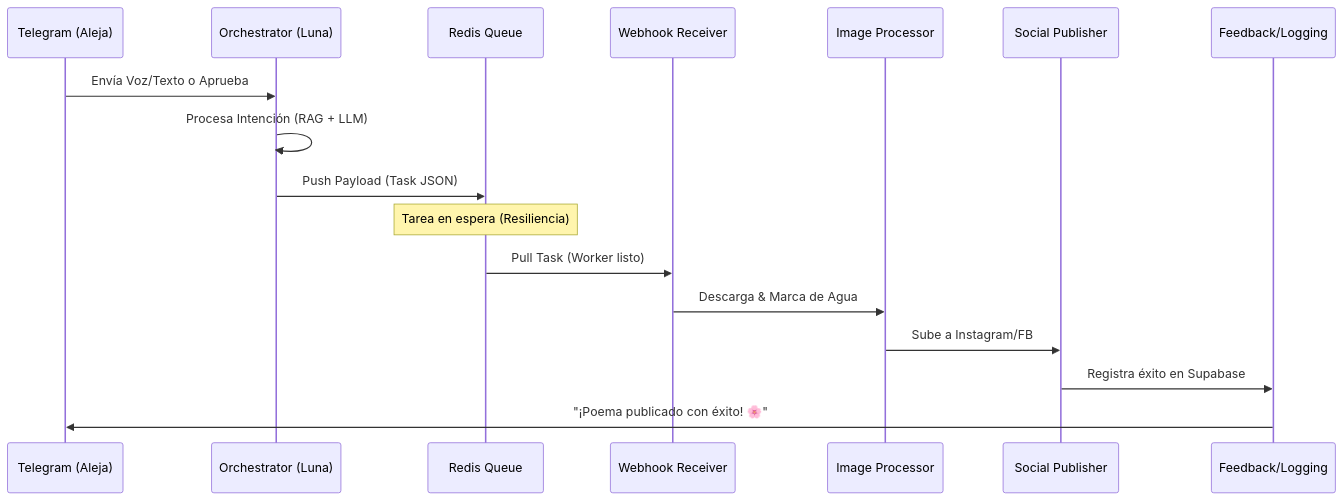
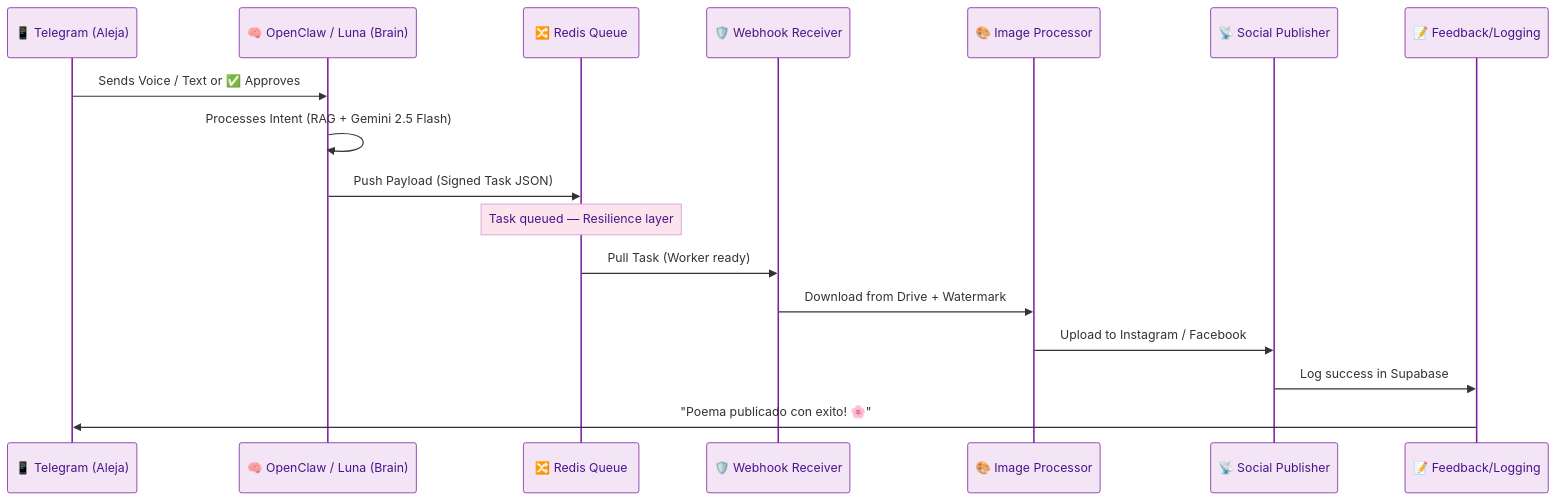
Before and after one commit to aleocampodev/LobsterMarketing: the second of 3 diagrams in specs/architecture.md, drawn with Mermaid. The commit also changed other lines of this file and 39 other files, not shown here.

First line of the commit message:
refactor: correct architecture to Brain-Arms pattern, fix model references, clean up specs

````diff
--- a/specs/architecture.md
+++ b/specs/architecture.md
@@ -46,20 +102,33 @@
 ```mermaid
+%%{init: {'theme': 'base', 'themeVariables': {
+  'actorTextColor': '#4A148C',
+  'actorBorder': '#7B1FA2',
+  'actorBkg': '#F3E5F5',
+  'activationBorderColor': '#F57F17',
+  'activationBkgColor': '#FFF8E1',
+  'sequenceNumberColor': '#4A148C',
+  'noteBorderColor': '#CE93D8',
+  'noteBkgColor': '#FCE4EC',
+  'noteTextColor': '#4A148C',
+  'labelTextColor': '#4A148C',
+  'loopTextColor': '#F57F17'
+}}}%%
 sequenceDiagram
-    participant T as Telegram (Aleja)
-    participant O as Orchestrator (Luna)
-    participant R as Redis Queue
-    participant W as Webhook Receiver
-    participant IP as Image Processor
-    participant SP as Social Publisher
-    participant FL as Feedback/Logging
+    participant T as 📱 Telegram (Aleja)
+    participant O as 🧠 OpenClaw / Luna (Brain)
+    participant R as 🔀 Redis Queue
+    participant W as 🛡️ Webhook Receiver
+    participant IP as 🎨 Image Processor
+    participant SP as 📡 Social Publisher
+    participant FL as 📝 Feedback/Logging
 
-    T->>O: Envía Voz/Texto o Aprueba
-    O->>O: Procesa Intención (RAG + LLM)
-    O->>R: Push Payload (Task JSON)
-    Note over R: Tarea en espera (Resiliencia)
-    R->>W: Pull Task (Worker listo)
-    W->>IP: Descarga & Marca de Agua
-    IP->>SP: Sube a Instagram/FB
-    SP->>FL: Registra éxito en Supabase
-    FL->>T: "¡Poema publicado con éxito! 🌸"
+    T->>O: Sends Voice / Text or ✅ Approves
+    O->>O: Processes Intent (RAG + Gemini 2.5 Flash)
+    O->>R: Push Payload (Signed Task JSON)
+    Note over R: Task queued — Resilience layer
+    R->>W: Pull Task (Worker ready)
+    W->>IP: Download from Drive + Watermark
+    IP->>SP: Upload to Instagram / Facebook
+    SP->>FL: Log success in Supabase
+    FL->>T: "Poema publicado con exito! 🌸"
 ```
````
